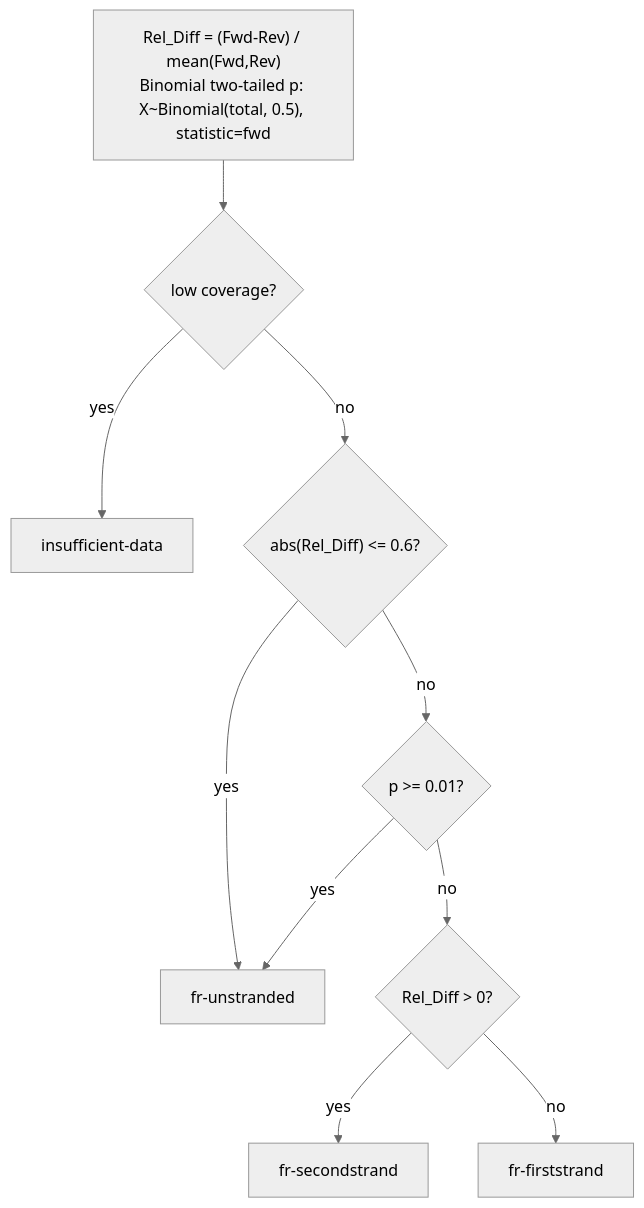
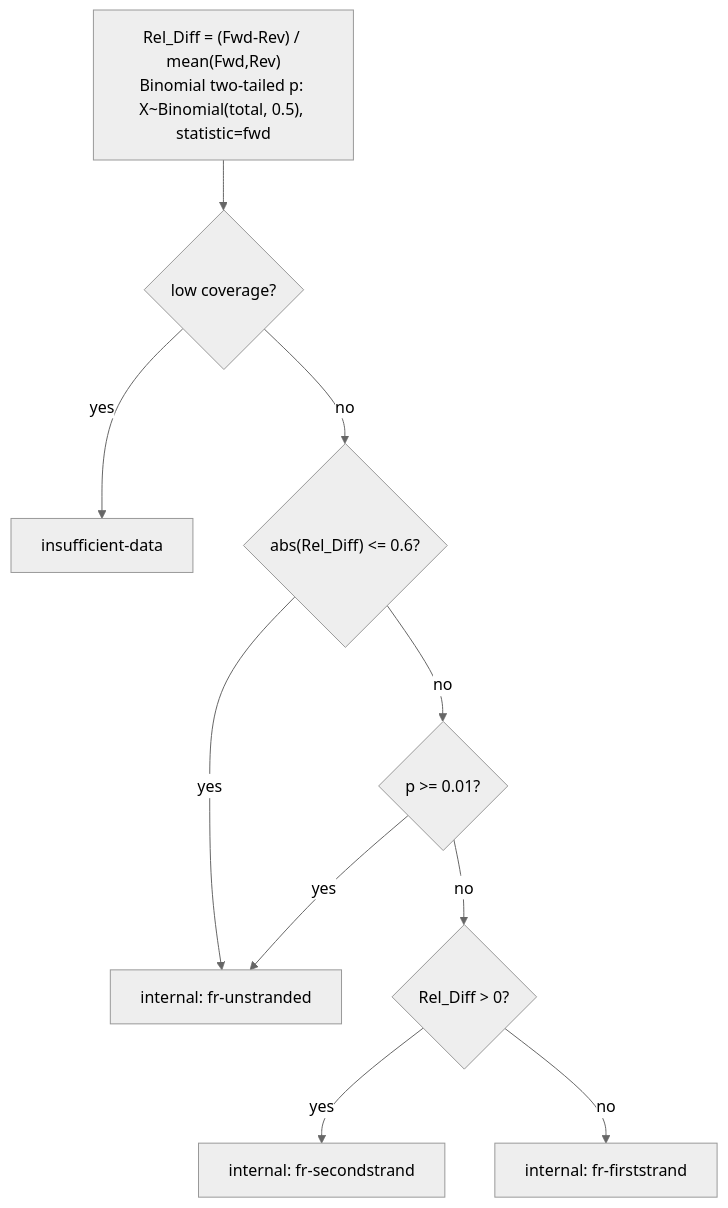
Before and after one commit to yudalang3/resolveS: the third of 3 diagrams in README.md, drawn with Mermaid (neutral theme). The commit also changed other lines of this file and 12 other files, not shown here.

````diff
--- a/README.md
+++ b/README.md
@@ -250,12 +266,12 @@
 ```mermaid
 flowchart TD
     A["Rel_Diff = (Fwd-Rev) / mean(Fwd,Rev)<br/>Binomial two-tailed p: X~Binomial(total, 0.5), statistic=fwd"] --> B{"low coverage?"}
     B -->|yes| C["insufficient-data"]
     B -->|no| D{"abs(Rel_Diff) <= 0.6?"}
-    D -->|yes| E["fr-unstranded"]
+    D -->|yes| E["internal: fr-unstranded"]
     D -->|no| F{"p >= 0.01?"}
     F -->|yes| E
     F -->|no| G{"Rel_Diff > 0?"}
-    G -->|yes| H["fr-secondstrand"]
-    G -->|no| I["fr-firststrand"]
+    G -->|yes| H["internal: fr-secondstrand"]
+    G -->|no| I["internal: fr-firststrand"]
 ```
````
